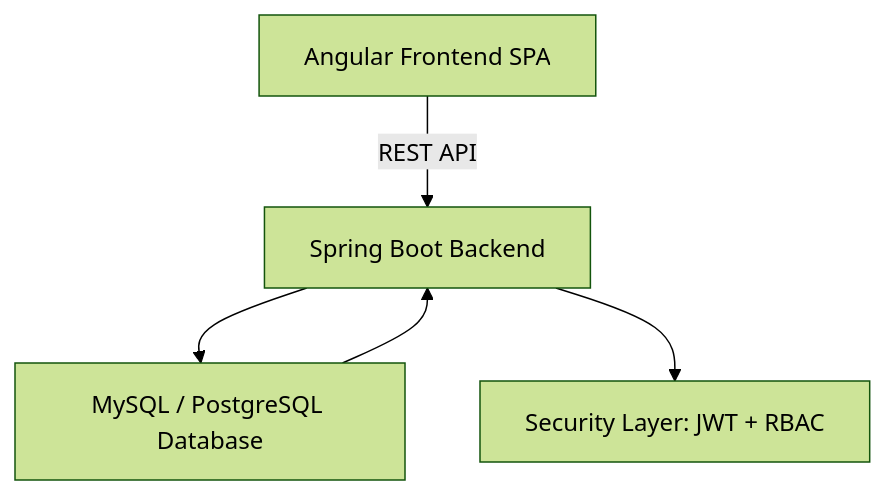
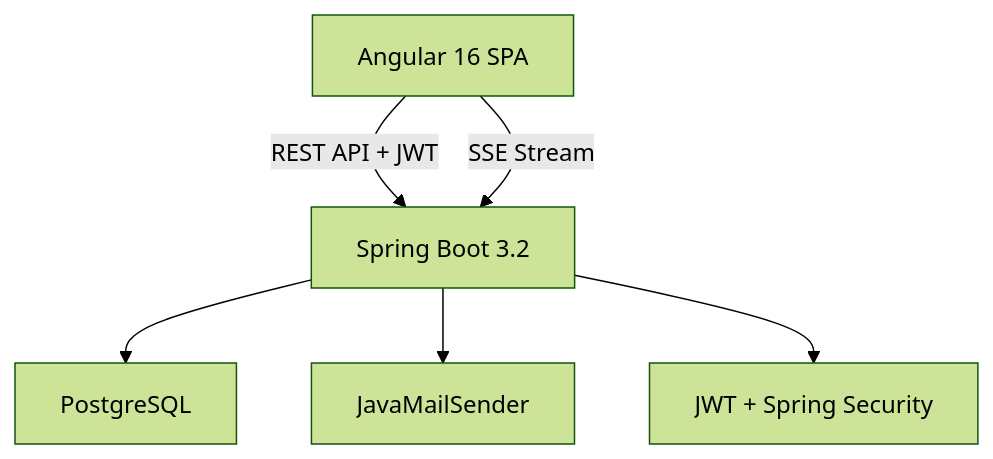
One commit to Anuj-Gupta79/workflow-management-system changed the diagram in README.md. Above: the diagram before and after it, drawn with Mermaid (forest theme). The commit also changed other lines of this file and 14 other files, not shown here.

````diff
--- a/README.md
+++ b/README.md
@@ -40,7 +30,8 @@
 ```mermaid
-graph TD;
-    A[Angular Frontend SPA] -->|REST API| B[Spring Boot Backend];
-    B --> C[MySQL / PostgreSQL Database];
-    B --> D[Security Layer: JWT + RBAC];
-    C --> B;
+graph TD
+    A[Angular 16 SPA] -->|REST API + JWT| B[Spring Boot 3.2]
+    A -->|SSE Stream| B
+    B --> C[PostgreSQL]
+    B --> D[JavaMailSender]
+    B --> E[JWT + Spring Security]
 ```
````
